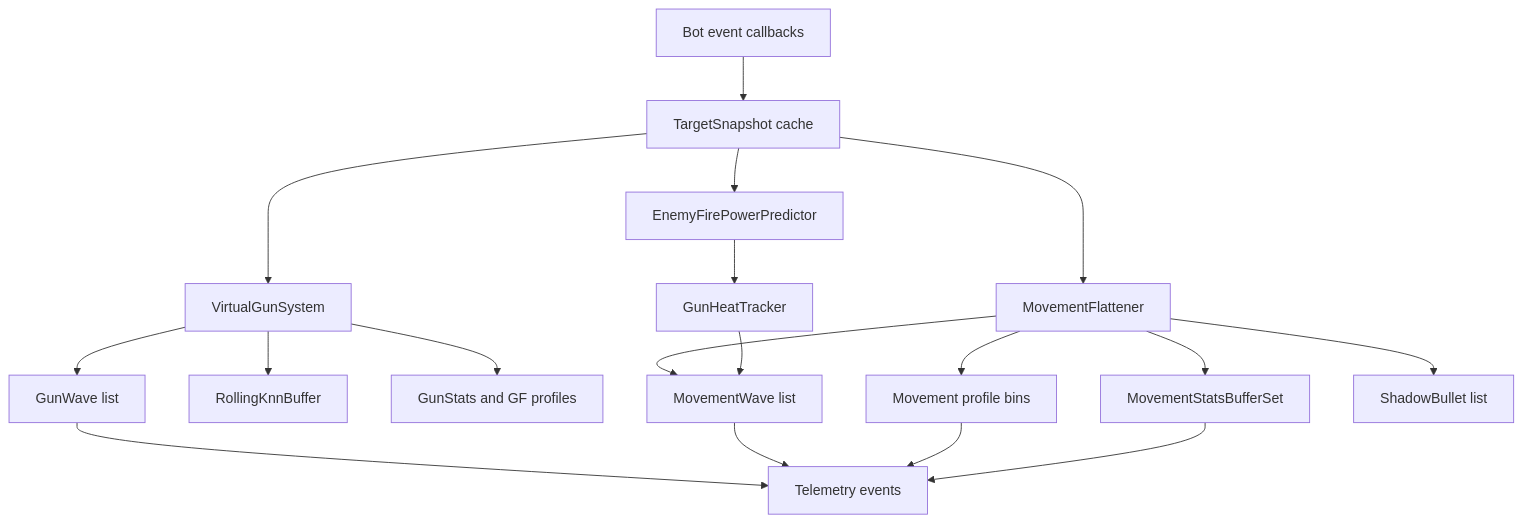
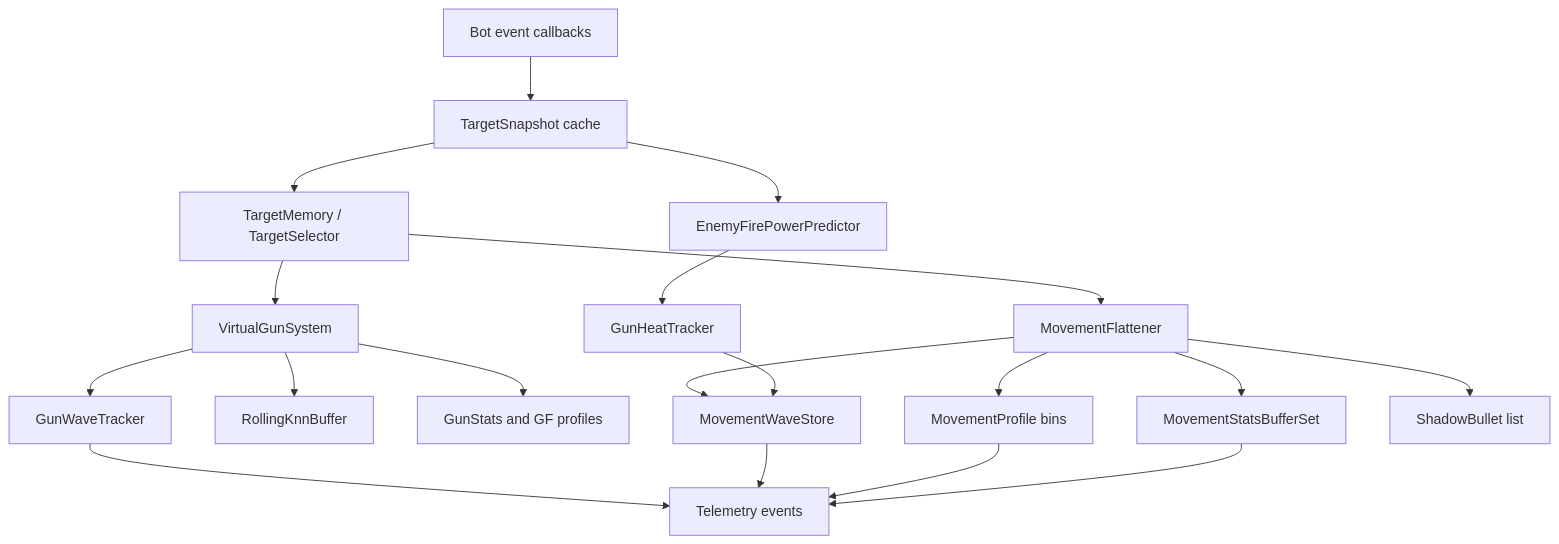
Before and after one commit to fduch-stranger/robocode-bot: the first of 3 diagrams in docs/bot-core-data-structures.md, drawn with Mermaid. The commit also changed other lines of this file and 13 other files, not shown here.

Commit message:
Refactor bot policies: introduce data classes for fire, target, radar, movement, and duel movement policies; centralize configuration usage across adaptive-prime systems; update related unit tests.

````diff
--- a/docs/bot-core-data-structures.md
+++ b/docs/bot-core-data-structures.md
@@ -13,20 +13,21 @@
 ```mermaid
 flowchart TD
     A["Bot event callbacks"] --> B["TargetSnapshot cache"]
-    B --> C["VirtualGunSystem"]
-    B --> D["MovementFlattener"]
+    B --> T["TargetMemory / TargetSelector"]
+    T --> C["VirtualGunSystem"]
+    T --> D["MovementFlattener"]
     B --> E["EnemyFirePowerPredictor"]
     E --> F["GunHeatTracker"]
-    C --> G["GunWave list"]
+    C --> G["GunWaveTracker"]
     C --> H["RollingKnnBuffer"]
     C --> I["GunStats and GF profiles"]
-    D --> J["MovementWave list"]
-    D --> K["Movement profile bins"]
+    D --> J["MovementWaveStore"]
+    D --> K["MovementProfile bins"]
     D --> L["MovementStatsBufferSet"]
     D --> M["ShadowBullet list"]
     F --> J
     G --> N["Telemetry events"]
     J --> N
     K --> N
     L --> N
 ```
````
